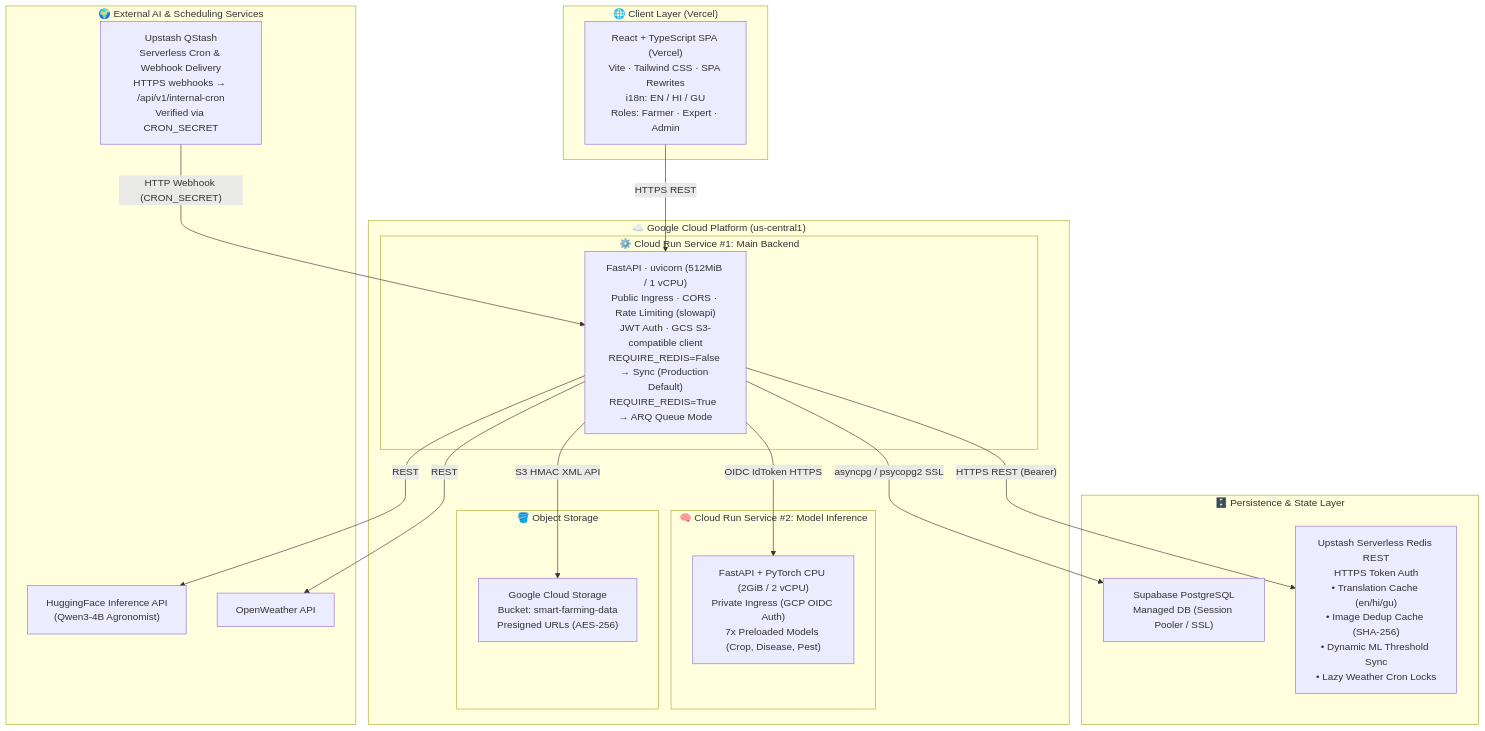
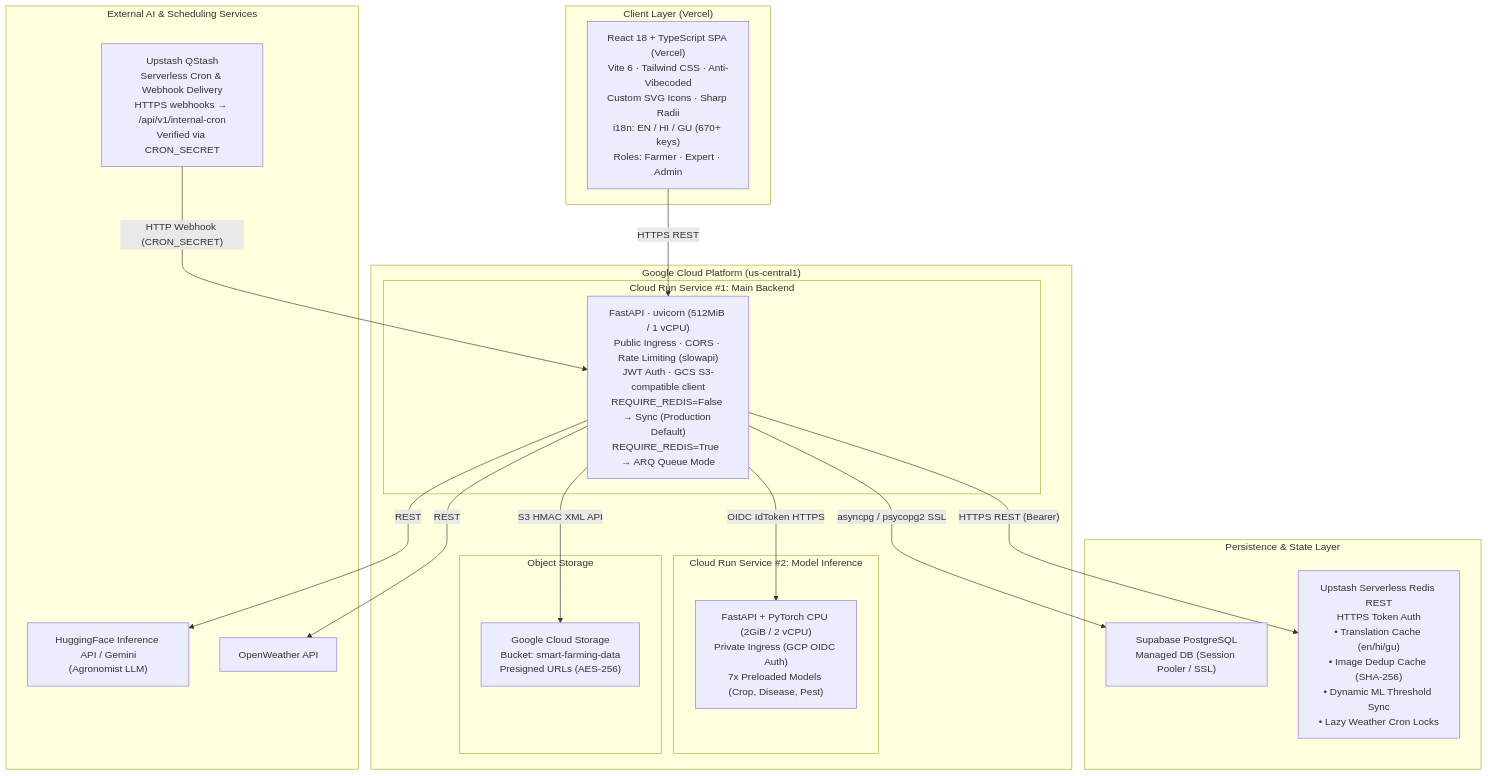
The first of 11 diagrams in Docs/Architecture.md (manthan2876/Smart-Farming), drawn with Mermaid before and after one commit. The commit also changed other lines of this file and 12 other files, not shown here.

````diff
--- a/Docs/Architecture.md
+++ b/Docs/Architecture.md
@@ -53,40 +53,40 @@
 ```mermaid
 flowchart TD
-    subgraph CLIENT["🌐 Client Layer (Vercel)"]
-        SPA["React + TypeScript SPA (Vercel)\nVite · Tailwind CSS · SPA Rewrites\ni18n: EN / HI / GU\nRoles: Farmer · Expert · Admin"]
+    subgraph CLIENT["Client Layer (Vercel)"]
+        SPA["React 18 + TypeScript SPA (Vercel)\nVite 6 · Tailwind CSS · Anti-Vibecoded\nCustom SVG Icons · Sharp Radii\ni18n: EN / HI / GU (670+ keys)\nRoles: Farmer · Expert · Admin"]
     end
 
-    subgraph GCP["☁️ Google Cloud Platform (us-central1)"]
-        subgraph GATEWAY["⚙️ Cloud Run Service #1: Main Backend"]
+    subgraph GCP["Google Cloud Platform (us-central1)"]
+        subgraph GATEWAY["Cloud Run Service #1: Main Backend"]
             API["FastAPI · uvicorn (512MiB / 1 vCPU)\nPublic Ingress · CORS · Rate Limiting (slowapi)\nJWT Auth · GCS S3-compatible client\nREQUIRE_REDIS=False → Sync (Production Default)\nREQUIRE_REDIS=True  → ARQ Queue Mode"]
         end
 
-        subgraph INFERENCE["🧠 Cloud Run Service #2: Model Inference"]
+        subgraph INFERENCE["Cloud Run Service #2: Model Inference"]
             INF["FastAPI + PyTorch CPU (2GiB / 2 vCPU)\nPrivate Ingress (GCP OIDC Auth)\n7x Preloaded Models (Crop, Disease, Pest)"]
         end
 
-        subgraph OBJ["🪣 Object Storage"]
+        subgraph OBJ["Object Storage"]
             GCS["Google Cloud Storage\nBucket: smart-farming-data\nPresigned URLs (AES-256)"]
         end
     end
 
-    subgraph PERSIST["🗄️ Persistence & State Layer"]
+    subgraph PERSIST["Persistence & State Layer"]
         DB["Supabase PostgreSQL\nManaged DB (Session Pooler / SSL)"]
         UPSTASH["Upstash Serverless Redis REST\nHTTPS Token Auth\n• Translation Cache (en/hi/gu)\n• Image Dedup Cache (SHA-256)\n• Dynamic ML Threshold Sync\n• Lazy Weather Cron Locks"]
     end
 
-    subgraph EXTERNAL["🌍 External AI & Scheduling Services"]
-        HF["HuggingFace Inference API\n(Qwen3-4B Agronomist)"]
+    subgraph EXTERNAL["External AI & Scheduling Services"]
+        HF["HuggingFace Inference API / Gemini\n(Agronomist LLM)"]
         OWM["OpenWeather API"]
         QSTASH["Upstash QStash\nServerless Cron & Webhook Delivery\nHTTPS webhooks → /api/v1/internal-cron\nVerified via CRON_SECRET"]
     end
 
     SPA -- "HTTPS REST" --> API
     API -- "OIDC IdToken HTTPS" --> INF
     API -- "S3 HMAC XML API" --> GCS
     API -- "asyncpg / psycopg2 SSL" --> DB
     API -- "HTTPS REST (Bearer)" --> UPSTASH
     API -- "REST" --> HF
     API -- "REST" --> OWM
     QSTASH -- "HTTP Webhook (CRON_SECRET)" --> API
 ```
````
